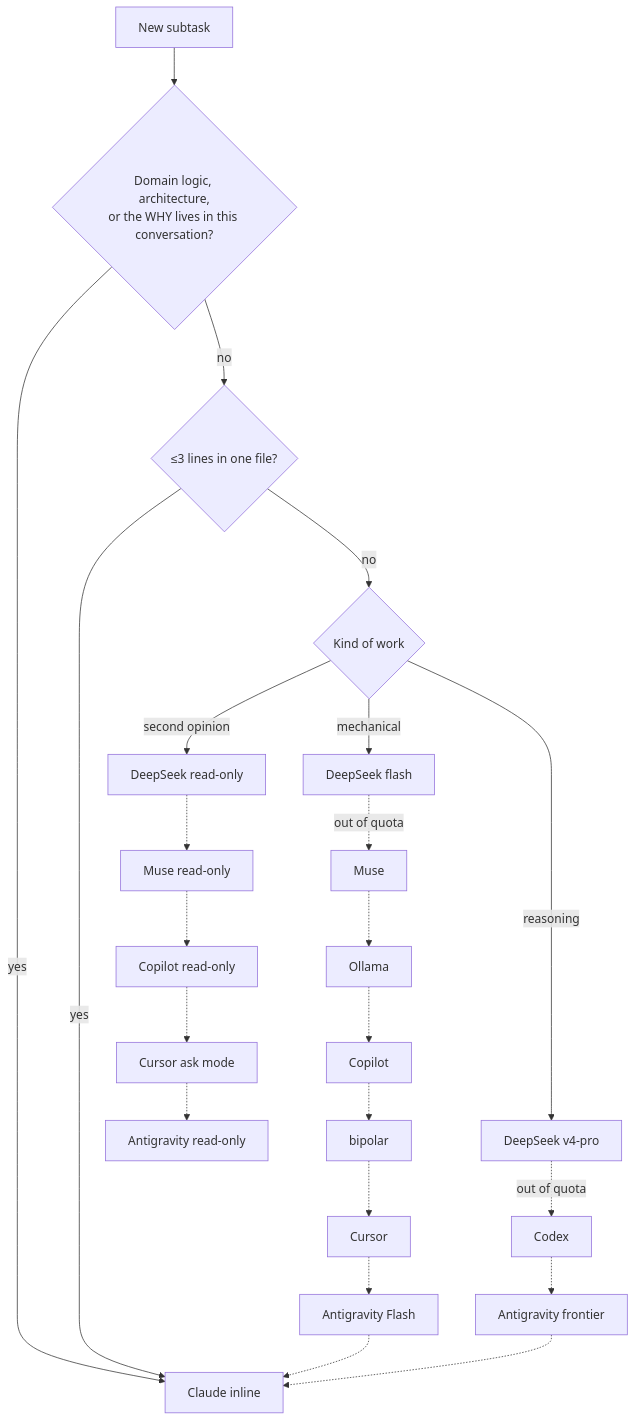
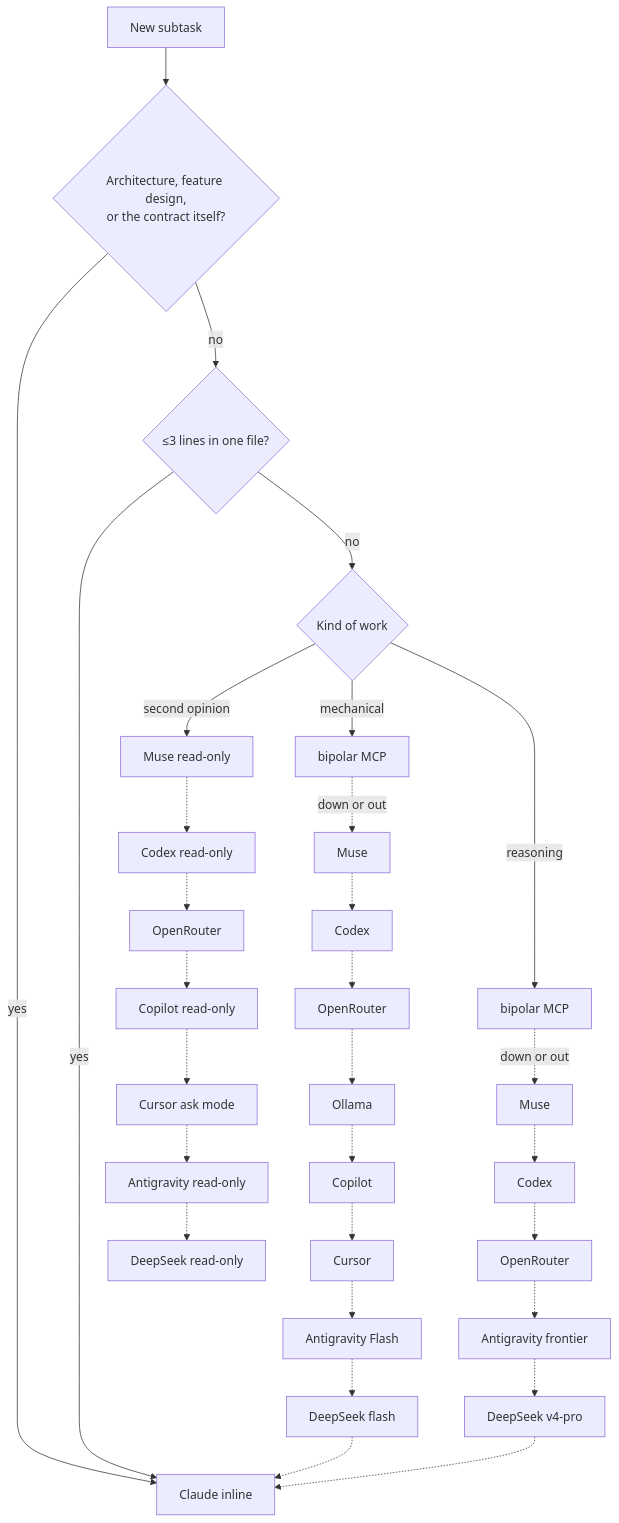
One commit to santiquiroz/claude-delegation-kit changed the second of 3 diagrams in README.md. Above: the diagram before and after it, drawn with Mermaid. The commit also changed other lines of this file and 15 other files, not shown here.

First line of the commit message:
feat: bipolar MCP as preferred path, OpenRouter lane, Muse-first order (#1)

````diff
--- a/README.md
+++ b/README.md
@@ -34,11 +33,11 @@
 ```mermaid
 flowchart TD
-    T["New subtask"] --> Q1{"Domain logic, architecture,<br/>or the WHY lives in this conversation?"}
+    T["New subtask"] --> Q1{"Architecture, feature design,<br/>or the contract itself?"}
     Q1 -->|yes| IN["Claude inline"]
     Q1 -->|no| Q2{"≤3 lines in one file?"}
     Q2 -->|yes| IN
     Q2 -->|no| Q3{"Kind of work"}
-    Q3 -->|mechanical| M1["DeepSeek flash"] -.->|"out of quota"| M2["Muse"] -.-> M3["Ollama"] -.-> M4["Copilot"] -.-> M5["bipolar"] -.-> M6["Cursor"] -.-> M7["Antigravity Flash"] -.-> IN
-    Q3 -->|reasoning| R1["DeepSeek v4-pro"] -.->|"out of quota"| R2["Codex"] -.-> R3["Antigravity frontier"] -.-> IN
-    Q3 -->|second opinion| S1["DeepSeek read-only"] -.-> S2["Muse read-only"] -.-> S3["Copilot read-only"] -.-> S4["Cursor ask mode"] -.-> S5["Antigravity read-only"]
+    Q3 -->|mechanical| M0["bipolar MCP"] -.->|"down or out"| M1["Muse"] -.-> M2["Codex"] -.-> M3["OpenRouter"] -.-> M4["Ollama"] -.-> M5["Copilot"] -.-> M6["Cursor"] -.-> M7["Antigravity Flash"] -.-> M8["DeepSeek flash"] -.-> IN
+    Q3 -->|reasoning| R0["bipolar MCP"] -.->|"down or out"| R1["Muse"] -.-> R2["Codex"] -.-> R3["OpenRouter"] -.-> R4["Antigravity frontier"] -.-> R5["DeepSeek v4-pro"] -.-> IN
+    Q3 -->|second opinion| S1["Muse read-only"] -.-> S2["Codex read-only"] -.-> S3["OpenRouter"] -.-> S4["Copilot read-only"] -.-> S5["Cursor ask mode"] -.-> S6["Antigravity read-only"] -.-> S7["DeepSeek read-only"]
 ```
````
